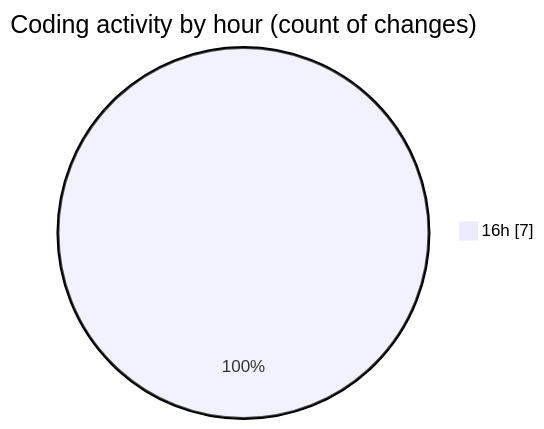
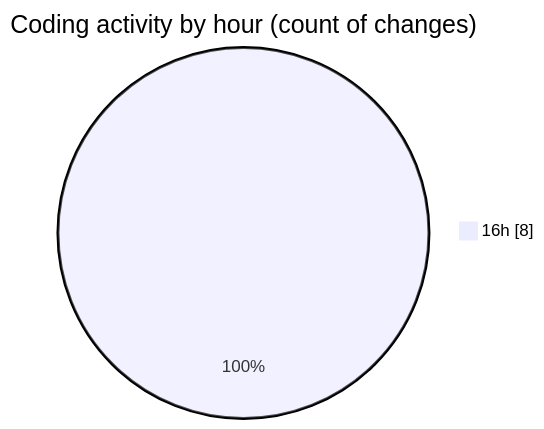
The second of 2 diagrams in 2025-02-05/coding_prac/README.md (NitaiMahat/code-tracking), drawn with Mermaid before and after one commit. The commit also changed other lines of this file and 1 other file, not shown here.

````diff
--- a/2025-02-05/coding_prac/README.md
+++ b/2025-02-05/coding_prac/README.md
@@ -30,5 +30,5 @@
 ```mermaid
 pie showData
 title Coding activity by hour (count of changes)
-"16h" : 7
+"16h" : 8
 ```
````
